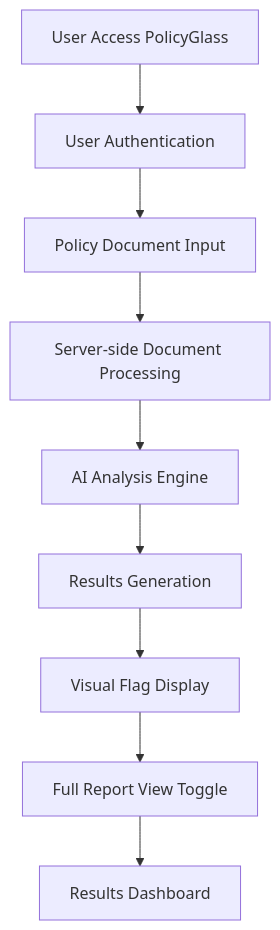
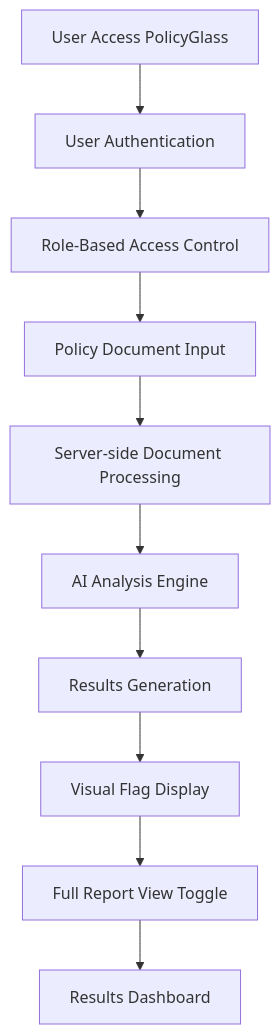
One commit to artsmc/hackathon-cerebras changed the second of 2 diagrams in cline-docs/systemArchitecture.md. Above: the diagram before and after it, drawn with Mermaid. The commit also changed other lines of this file and 19 other files, not shown here.

````diff
--- a/cline-docs/systemArchitecture.md
+++ b/cline-docs/systemArchitecture.md
@@ -97,11 +97,12 @@
 ```mermaid
 flowchart TD
     A[User Access PolicyGlass] --> B[User Authentication]
-    B --> C[Policy Document Input]
-    C --> D[Server-side Document Processing]
-    D --> E[AI Analysis Engine]
-    E --> F[Results Generation]
-    F --> G[Visual Flag Display]
-    G --> H[Full Report View Toggle]
-    H --> I[Results Dashboard]
+    B --> C[Role-Based Access Control]
+    C --> D[Policy Document Input]
+    D --> E[Server-side Document Processing]
+    E --> F[AI Analysis Engine]
+    F --> G[Results Generation]
+    G --> H[Visual Flag Display]
+    H --> I[Full Report View Toggle]
+    I --> J[Results Dashboard]
 ```
````
